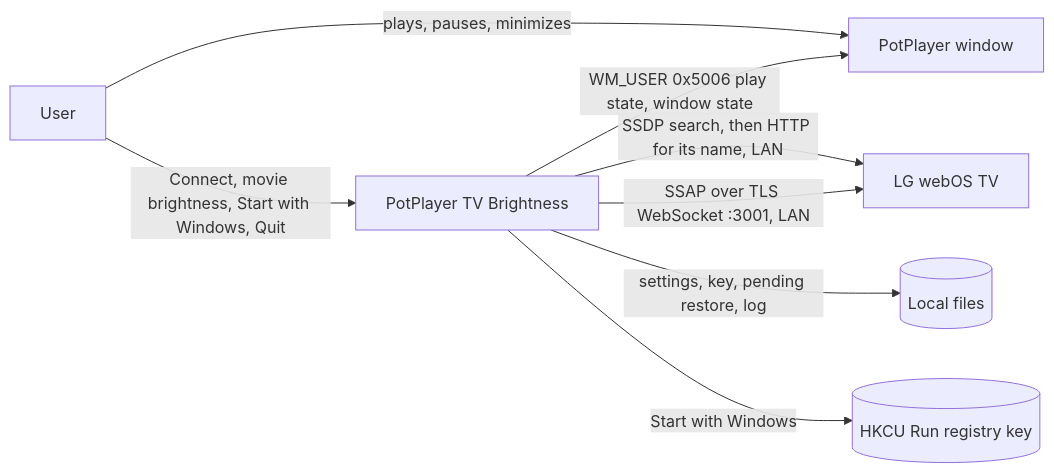
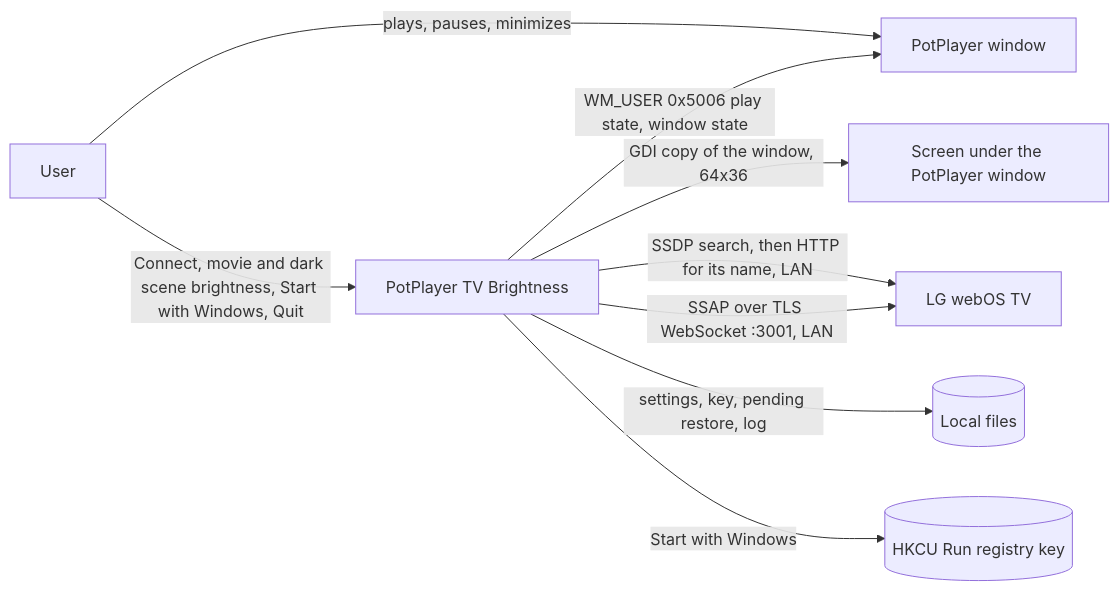
One commit to roko-tech/potplayer-tv-brightness changed the diagram in docs/architecture/overview.md. Above: the diagram before and after it, drawn with Mermaid. The commit also changed other lines of this file and 20 other files, not shown here.

````diff
--- a/docs/architecture/overview.md
+++ b/docs/architecture/overview.md
@@ -11,10 +11,11 @@
 ```mermaid
 flowchart LR
     User[User] -->|plays, pauses, minimizes| PotPlayer[PotPlayer window]
-    User -->|Connect, movie brightness, Start with Windows, Quit| App[PotPlayer TV Brightness]
+    User -->|Connect, movie and dark scene brightness, Start with Windows, Quit| App[PotPlayer TV Brightness]
     App -->|WM_USER 0x5006 play state, window state| PotPlayer
+    App -->|GDI copy of the window, 64x36| Screen[Screen under the PotPlayer window]
     App -->|SSDP search, then HTTP for its name, LAN| TV[LG webOS TV]
     App -->|SSAP over TLS WebSocket :3001, LAN| TV
     App -->|settings, key, pending restore, log| Files[(Local files)]
     App -->|Start with Windows| Run[(HKCU Run registry key)]
 ```
````
